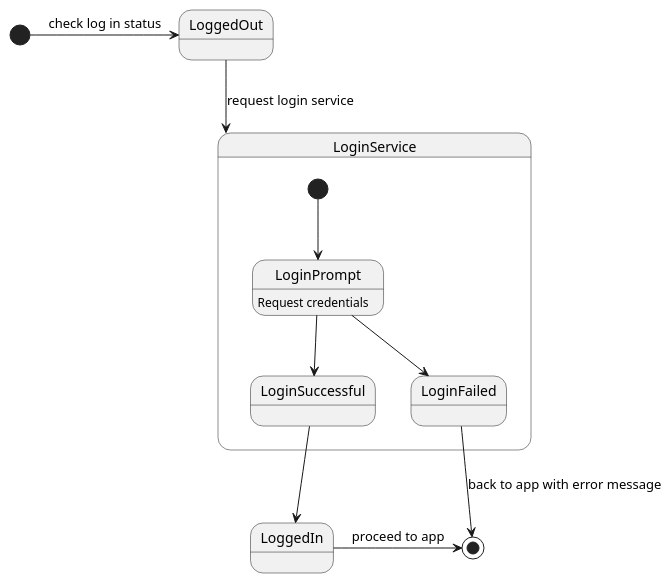
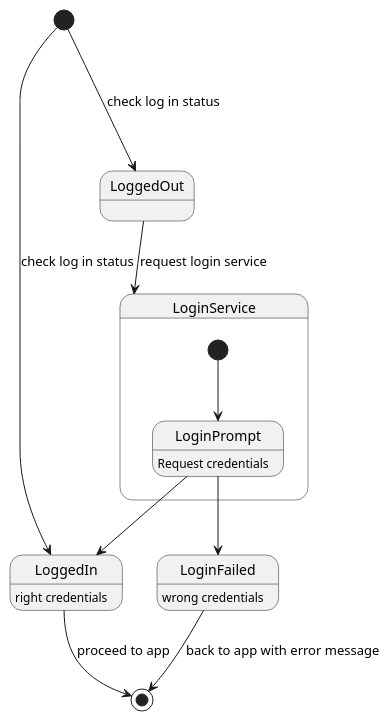
Before and after one commit to mborssatto/coyoject: the diagram in architecture/state.puml, drawn with PlantUML. The commit also changed 1 other file, not shown here.

Commit message:
small fixes to state diagram

```diff
--- a/architecture/state.puml
+++ b/architecture/state.puml
@@ -1,19 +1,23 @@
 @startuml
 
-[*] -> LoggedOut : check log in status
+[*] ---> LoggedOut : check log in status
+[*] --> LoggedIn : check log in status
+
 LoggedOut --> LoginService : request login service
 
 
 state LoginService{
   LoginPrompt : Request credentials
   [*] --> LoginPrompt 
-  LoginPrompt --> LoginSuccessful
-  LoginPrompt --> LoginFailed
+
 }
 
-  LoginSuccessful --> LoggedIn
+  LoginPrompt --> LoggedIn
+  LoggedIn : right credentials
+  LoginPrompt --> LoginFailed
+  LoginFailed : wrong credentials
   LoginFailed --> [*] : back to app with error message
 
 LoggedIn -> [*] : proceed to app
 
 @enduml
```
